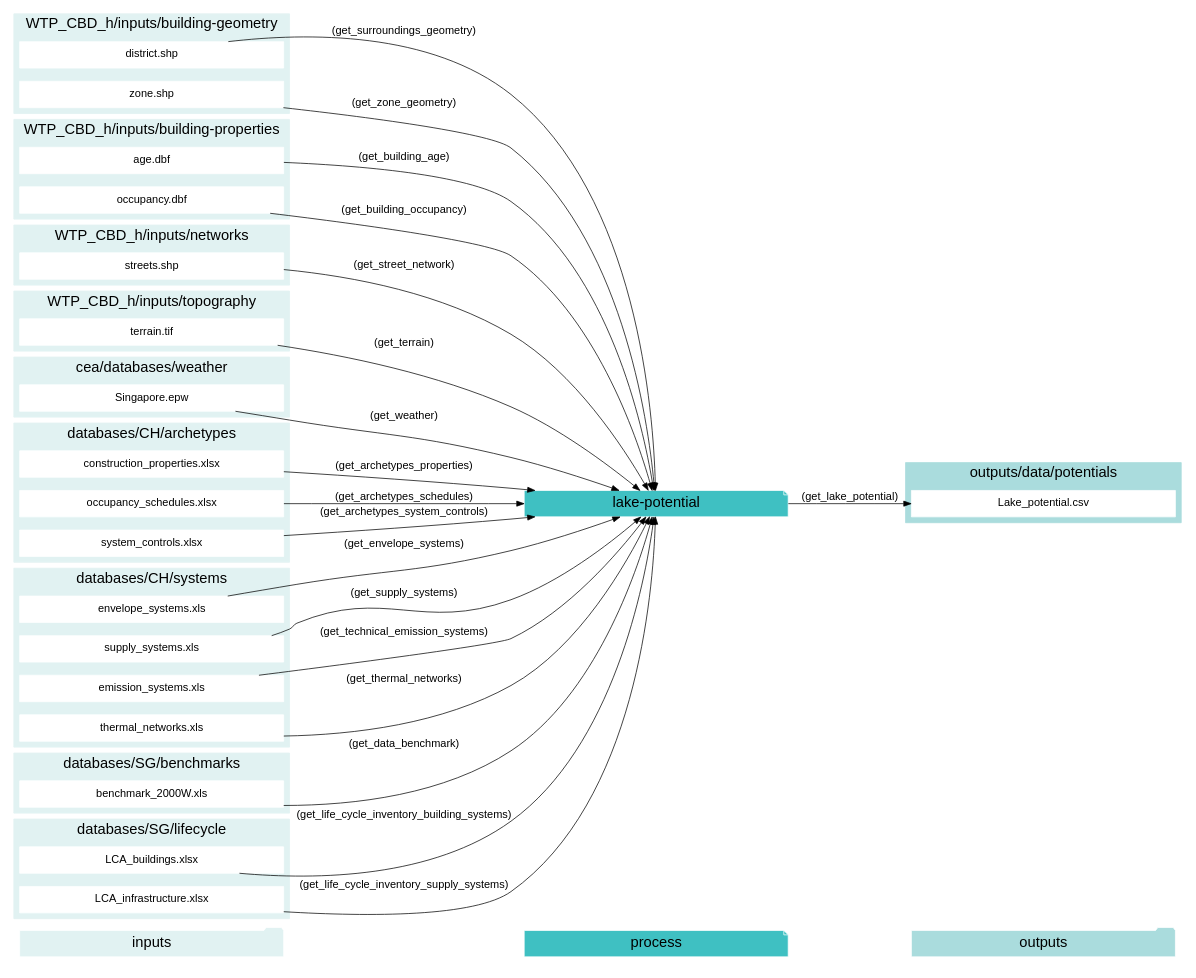
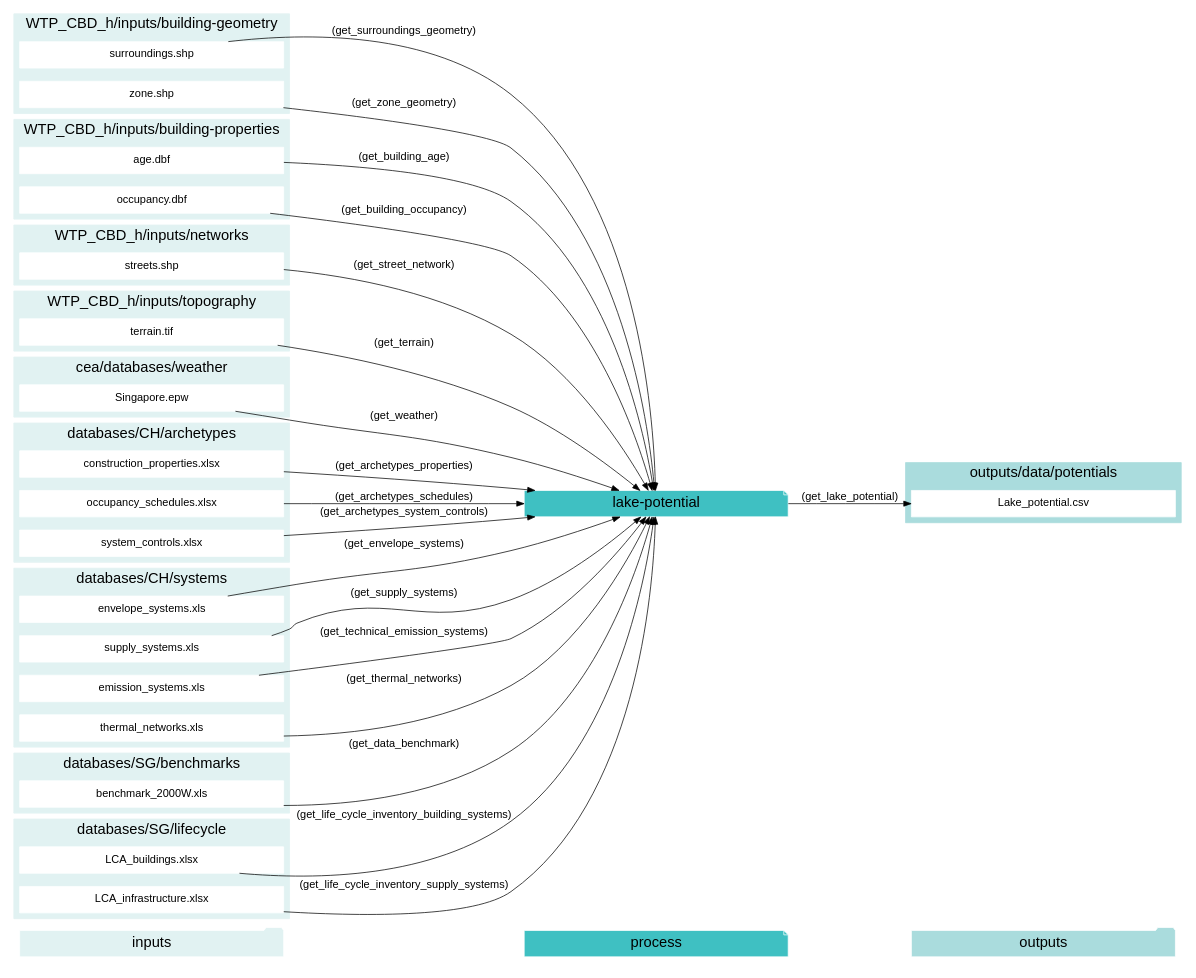
One commit to architecture-building-systems/CityEnergyAnalyst changed the sixth of 12 diagrams in docs/script-data-flow.rst. Above: the diagram before and after it, drawn with Graphviz. The commit also changed other lines of this file and 41 other files, not shown here.

Commit message:
renaming district to surroundings

```diff
--- a/docs/script-data-flow.rst
+++ b/docs/script-data-flow.rst
@@ -734,7 +734,7 @@
         fontsize = 20;
         rank=same;
         label="WTP_CBD_h/inputs/building-geometry";
-        "district.shp"
+        "surroundings.shp"
         "zone.shp"
     }
     subgraph cluster_1_in {
@@ -822,7 +822,7 @@
     "age.dbf" -> "lake-potential"[label="(get_building_age)"]
     "occupancy.dbf" -> "lake-potential"[label="(get_building_occupancy)"]
     "benchmark_2000W.xls" -> "lake-potential"[label="(get_data_benchmark)"]
-    "district.shp" -> "lake-potential"[label="(get_surroundings_geometry)"]
+    "surroundings.shp" -> "lake-potential"[label="(get_surroundings_geometry)"]
     "envelope_systems.xls" -> "lake-potential"[label="(get_envelope_systems)"]
     "LCA_buildings.xlsx" -> "lake-potential"[label="(get_life_cycle_inventory_building_systems)"]
     "LCA_infrastructure.xlsx" -> "lake-potential"[label="(get_life_cycle_inventory_supply_systems)"]
```
